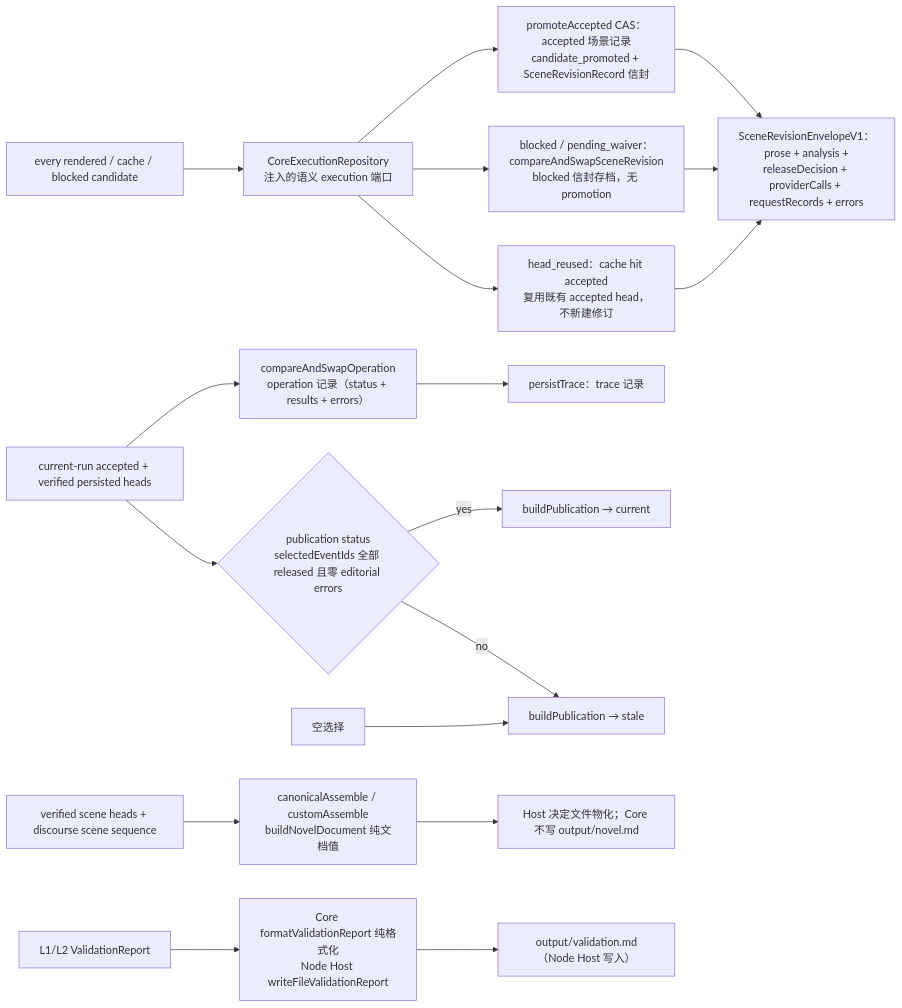
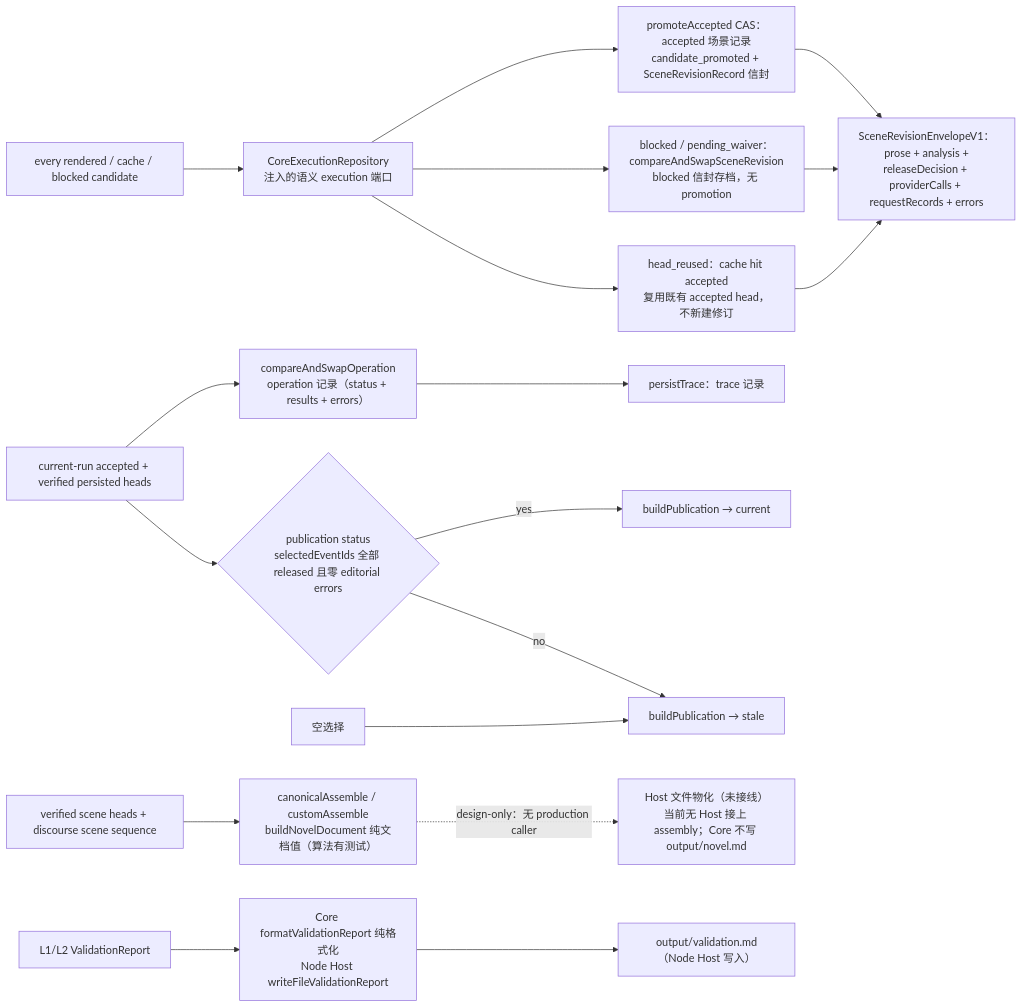
The sixth of 6 diagrams in docs/reference/wiring.md (fltb/fabula), drawn with Mermaid before and after one commit. The commit also changed other lines of this file and 9 other files, not shown here.

````diff
--- a/docs/reference/wiring.md
+++ b/docs/reference/wiring.md
@@ -428,25 +429,25 @@
 ```mermaid
 flowchart LR
   Candidate[every rendered / cache / blocked candidate] --> Exec[CoreExecutionRepository<br/>注入的语义 execution 端口]
   Exec --> Promote[promoteAccepted CAS：accepted 场景记录<br/>candidate_promoted + SceneRevisionRecord 信封]
   Exec --> BlockedArchive[blocked / pending_waiver：compareAndSwapSceneRevision<br/>blocked 信封存档，无 promotion]
   Exec --> Reused[head_reused：cache hit accepted<br/>复用既有 accepted head，不新建修订]
   Promote --> Envelope[SceneRevisionEnvelopeV1：prose + analysis +<br/>releaseDecision + providerCalls + requestRecords + errors]
   BlockedArchive --> Envelope
   Reused --> Envelope
 
   CurrentRun[current-run accepted + verified persisted heads] --> OpRecord[compareAndSwapOperation<br/>operation 记录（status + results + errors）]
   OpRecord --> Trace[persistTrace：trace 记录]
 
   Complete{publication status<br/>selectedEventIds 全部 released 且零 editorial errors}
   CurrentRun --> Complete
   Complete -- yes --> Current[buildPublication → current]
   Complete -- no --> Stale[buildPublication → stale]
   Unchanged[空选择] --> Stale
 
-  NovelData[verified scene heads + discourse scene sequence] --> Assembly[canonicalAssemble / customAssemble<br/>buildNovelDocument 纯文档值]
-  Assembly --> Materialize[Host 决定文件物化；Core 不写 output/novel.md]
+  NovelData[verified scene heads + discourse scene sequence] --> Assembly[canonicalAssemble / customAssemble<br/>buildNovelDocument 纯文档值（算法有测试）]
+  Assembly -. design-only：无 production caller .-> Materialize[Host 文件物化（未接线）<br/>当前无 Host 接上 assembly；Core 不写 output/novel.md]
 
   ReportInput[L1/L2 ValidationReport] --> Reporter[Core formatValidationReport 纯格式化<br/>Node Host writeFileValidationReport]
   Reporter --> Validation[output/validation.md（Node Host 写入）]
 ```
````
